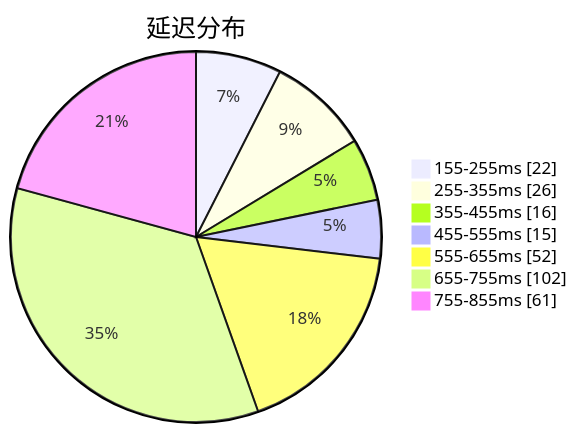
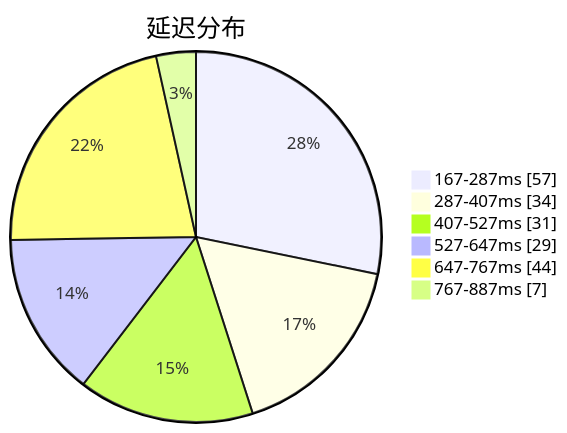
The first of 3 diagrams in subs/statistics/tested_within.md (qjlxg/airport), drawn with Mermaid before and after one commit. The commit also changed other lines of this file and 2 other files, not shown here.

````diff
--- a/subs/statistics/tested_within.md
+++ b/subs/statistics/tested_within.md
@@ -2,11 +2,10 @@
 ```mermaid
 pie showData
 title 延迟分布
-"155-255ms" : 22
-"255-355ms" : 26
-"355-455ms" : 16
-"455-555ms" : 15
-"555-655ms" : 52
-"655-755ms" : 102
-"755-855ms" : 61
+"167-287ms" : 57
+"287-407ms" : 34
+"407-527ms" : 31
+"527-647ms" : 29
+"647-767ms" : 44
+"767-887ms" : 7
 ```
````
